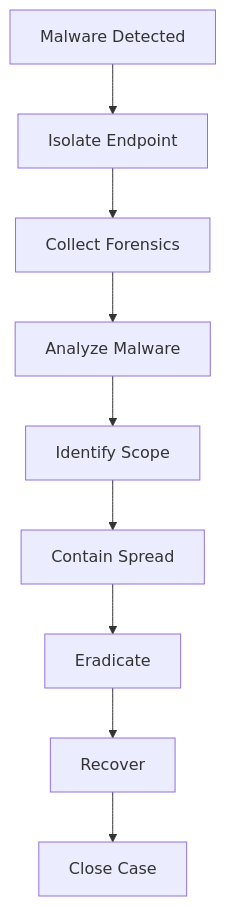
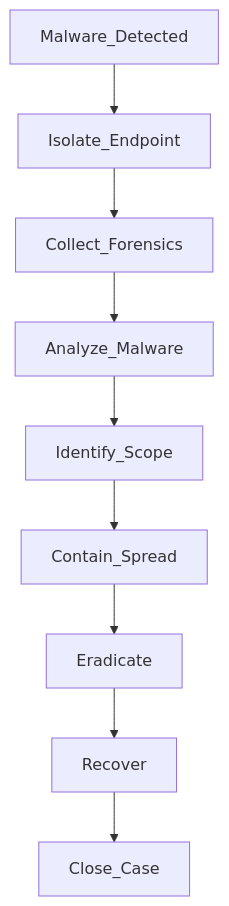
One commit to manojxshrestha/SOC-Analyst-Cheatsheet changed diagram 28 of 28 in 1-Incident-Handling-Process/README.md. Above: the diagram before and after it, drawn with Mermaid. The commit also changed other lines of this file, not shown here.

````diff
--- a/1-Incident-Handling-Process/README.md
+++ b/1-Incident-Handling-Process/README.md
@@ -1256,11 +1144,11 @@
 ```mermaid
-graph TD
-    Alert[Malware Detected] --> Isolate[Isolate Endpoint]
-    Isolate --> Collect[Collect Forensics]
-    Collect --> Analyze[Analyze Malware]
-    Analyze --> Identify[Identify Scope]
-    Identify --> Contain[Contain Spread]
-    Contain --> Eradicate[Eradicate]
-    Eradicate --> Recover[Recover]
-    Recover --> Close[Close Case]
+flowchart TD
+    Malware_Detected --> Isolate_Endpoint
+    Isolate_Endpoint --> Collect_Forensics
+    Collect_Forensics --> Analyze_Malware
+    Analyze_Malware --> Identify_Scope
+    Identify_Scope --> Contain_Spread
+    Contain_Spread --> Eradicate
+    Eradicate --> Recover
+    Recover --> Close_Case
 ```
````
